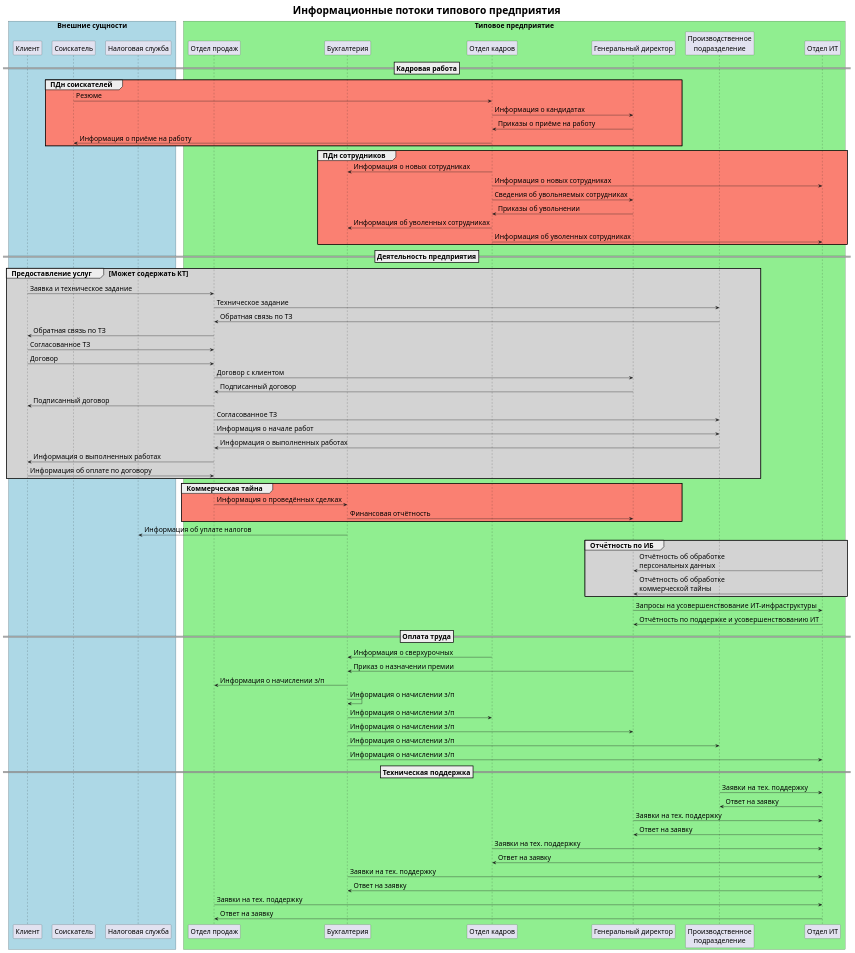
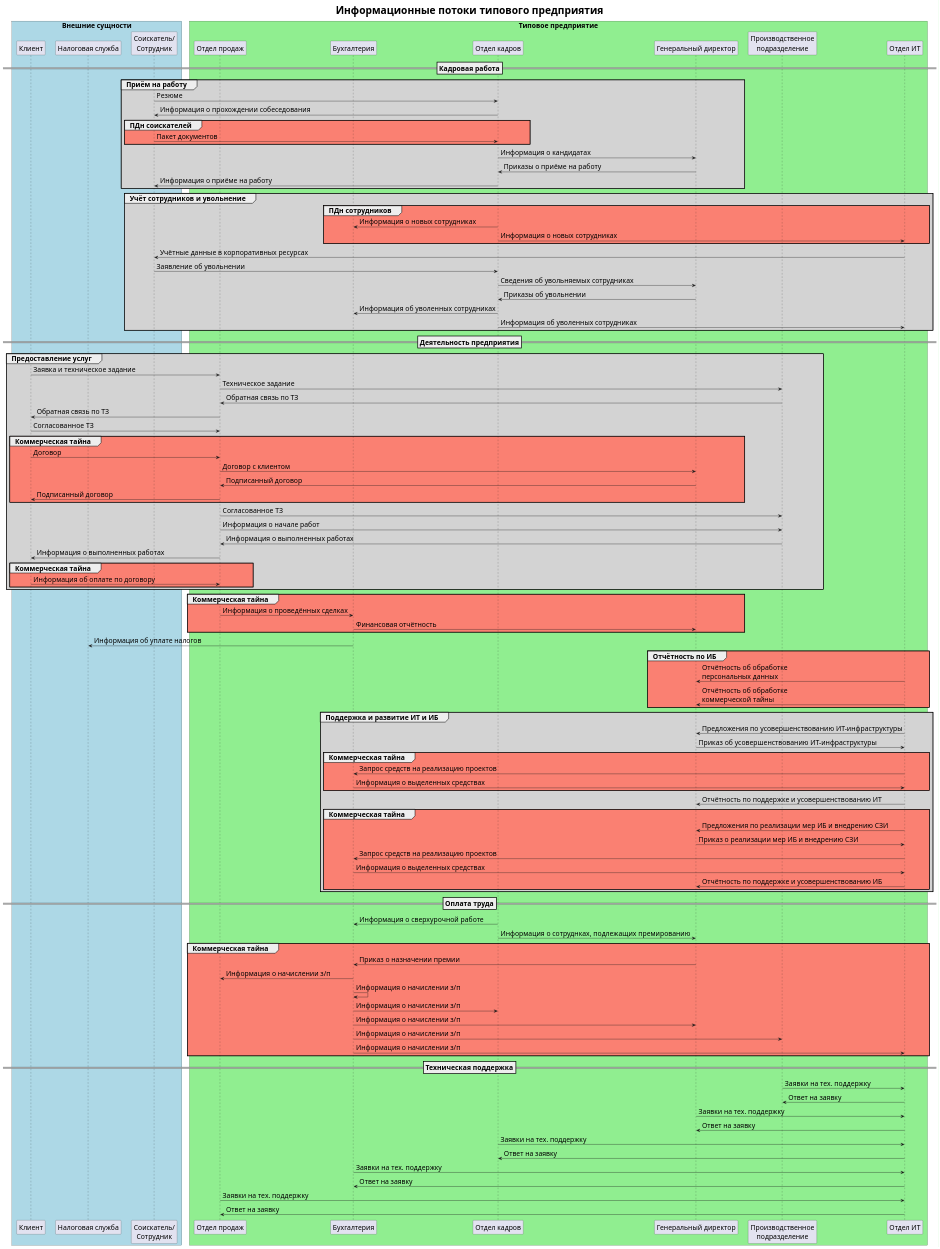
Before and after one commit to baksist/thesis-plantuml-diagrams: the diagram in ifd.puml, drawn with PlantUML.

Commit message:
update ifd

```diff
--- a/ifd.puml
+++ b/ifd.puml
@@ -1,95 +1,127 @@
 @startuml ifd
 
 title Информационные потоки типового предприятия
 
 skinparam ParticipantPadding 10
 skinparam BoxPadding 10
 skinparam DefaultFontSize 20
 skinparam TitleFontSize 30
 
 box "Внешние сущности" #LightBlue 
 participant "Клиент" as client
-participant "Соискатель" as candidate
 participant "Налоговая служба" as irs
+participant "Соискатель/\nСотрудник" as candidate
 end box
 
 box "Типовое предприятие" #LightGreen
 participant "Отдел продаж" as sales
 participant "Бухгалтерия" as accounting
 participant "Отдел кадров" as hr
 participant "Генеральный директор" as ceo
 participant "Производственное\nподразделение" as production
 participant "Отдел ИТ" as it
 end box
 
 ==Кадровая работа==
 
-group #Salmon ПДн соискателей  
+group #LightGray Приём на работу  
     candidate -> hr : Резюме
+    hr -> candidate : Информация о прохождении собеседования
+    group #Salmon ПДн соискателей
+        candidate -> hr : Пакет документов
+    end
     hr -> ceo : Информация о кандидатах
     ceo -> hr : Приказы о приёме на работу
     hr -> candidate : Информация о приёме на работу
 end
 
-group #Salmon ПДн сотрудников  
-    hr -> accounting : Информация о новых сотрудниках
-    hr -> it : Информация о новых сотрудниках
+group #LightGray Учёт сотрудников и увольнение  
+    group #Salmon ПДн сотрудников
+        hr -> accounting : Информация о новых сотрудниках
+        hr -> it : Информация о новых сотрудниках
+    end
+    it -> candidate : Учётные данные в корпоративных ресурсах
+    candidate -> hr : Заявление об увольнении
     hr -> ceo : Сведения об увольняемых сотрудниках
     ceo -> hr : Приказы об увольнении
     hr -> accounting : Информация об уволенных сотрудниках
     hr -> it : Информация об уволенных сотрудниках
 end
+
 ==Деятельность предприятия==
-group #LightGrey Предоставление услуг [Может содержать КТ]
+group #LightGrey Предоставление услуг
     client -> sales : Заявка и техническое задание
     sales -> production : Техническое задание
     production -> sales : Обратная связь по ТЗ
     sales -> client : Обратная связь по ТЗ
     client -> sales : Согласованное ТЗ
-    client -> sales : Договор
-    sales -> ceo : Договор с клиентом
-    ceo -> sales : Подписанный договор
-    sales -> client : Подписанный договор
+    group #Salmon Коммерческая тайна
+        client -> sales : Договор
+        sales -> ceo : Договор с клиентом
+        ceo -> sales : Подписанный договор
+        sales -> client : Подписанный договор
+    end
     sales -> production : Согласованное ТЗ
     sales -> production : Информация о начале работ
     production -> sales : Информация о выполненных работах
     sales -> client : Информация о выполненных работах
-    client -> sales : Информация об оплате по договору
+    group #Salmon Коммерческая тайна
+        client -> sales : Информация об оплате по договору
+    end
+
 end
 group #Salmon Коммерческая тайна
     sales -> accounting : Информация о проведённых сделках
     accounting -> ceo : Финансовая отчётность
 end
 accounting -> irs : Информация об уплате налогов
-group #LightGrey Отчётность по ИБ
+group #Salmon Отчётность по ИБ
     it -> ceo : Отчётность об обработке\nперсональных данных
     it -> ceo : Отчётность об обработке\nкоммерческой тайны
 end
-ceo -> it : Запросы на усовершенствование ИТ-инфраструктуры
-it -> ceo : Отчётность по поддержке и усовершенствованию ИТ
+
+group #LightGray Поддержка и развитие ИТ и ИБ
+    it -> ceo : Предложения по усовершенствованию ИТ-инфраструктуры
+    ceo -> it : Приказ об усовершенствованию ИТ-инфраструктуры
+    group #Salmon Коммерческая тайна
+        it -> accounting : Запрос средств на реализацию проектов
+        accounting -> it : Информация о выделенных средствах
+    end
+    it -> ceo : Отчётность по поддержке и усовершенствованию ИТ
+    group #Salmon Коммерческая тайна
+        it -> ceo : Предложения по реализации мер ИБ и внедрению СЗИ
+        ceo -> it : Приказ о реализации мер ИБ и внедрению СЗИ
+        it -> accounting : Запрос средств на реализацию проектов
+        accounting -> it : Информация о выделенных средствах
+        it -> ceo : Отчётность по поддержке и усовершенствованию ИБ
+    end
+end
 
 ==Оплата труда==
 
-hr -> accounting : Информация о сверхурочных
-ceo -> accounting : Приказ о назначении премии
-accounting -> sales : Информация о начислении з/п
-accounting -> accounting : Информация о начислении з/п
-accounting -> hr : Информация о начислении з/п
-accounting -> ceo : Информация о начислении з/п
-accounting -> production : Информация о начислении з/п
-accounting -> it : Информация о начислении з/п
+hr -> accounting : Информация о сверхурочной работе
+hr -> ceo : Информация о сотруднках, подлежащих премированию
+group #Salmon Коммерческая тайна
+    ceo -> accounting : Приказ о назначении премии
+    accounting -> sales : Информация о начислении з/п
+    accounting -> accounting : Информация о начислении з/п
+    accounting -> hr : Информация о начислении з/п
+    accounting -> ceo : Информация о начислении з/п
+    accounting -> production : Информация о начислении з/п
+    accounting -> it : Информация о начислении з/п
+end
 
 ==Техническая поддержка==
 
 production -> it : Заявки на тех. поддержку
 it -> production : Ответ на заявку
 ceo -> it : Заявки на тех. поддержку
 it -> ceo : Ответ на заявку
 hr -> it : Заявки на тех. поддержку
 it -> hr : Ответ на заявку
 accounting -> it : Заявки на тех. поддержку
 it -> accounting : Ответ на заявку
 sales -> it : Заявки на тех. поддержку
 it -> sales : Ответ на заявку
 
 @enduml
```
